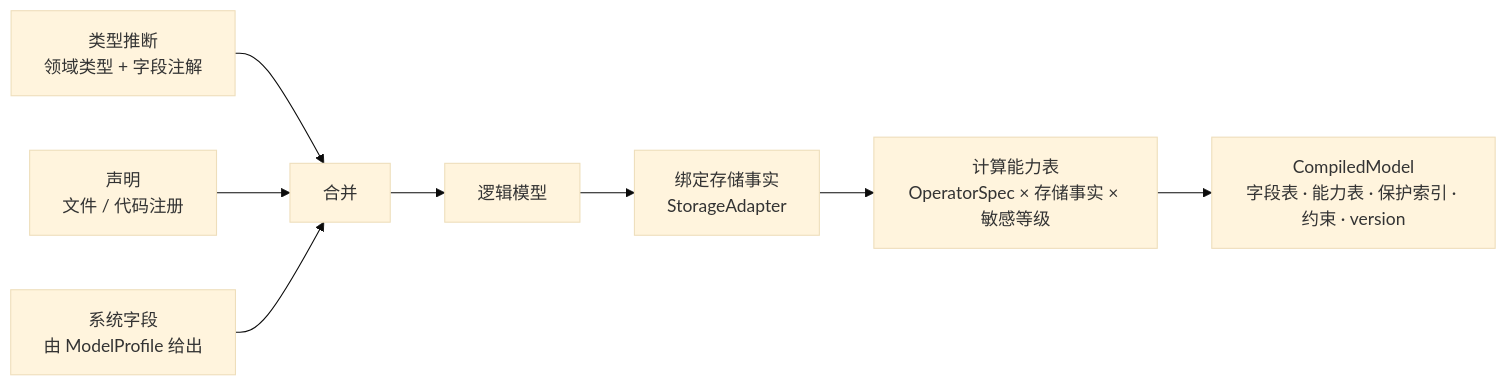
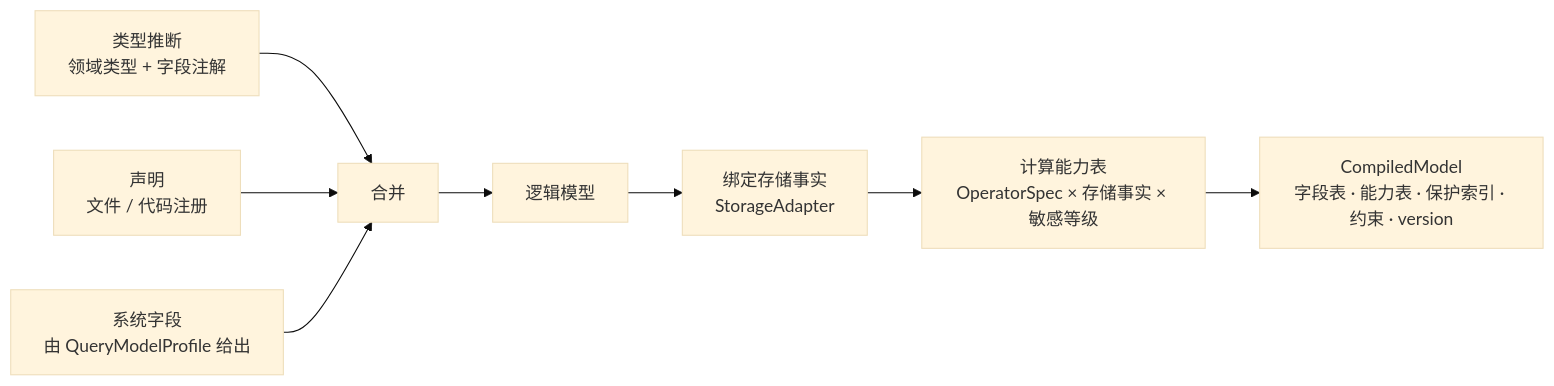
Before and after one commit to Ahoo-Wang/Wow: the second of 2 diagrams in documentation/designs/2026-09-24-query-target-architecture-design.md, drawn with Mermaid (base theme). The commit also changed other lines of this file, not shown here.

````diff
--- a/documentation/designs/2026-09-24-query-target-architecture-design.md
+++ b/documentation/designs/2026-09-24-query-target-architecture-design.md
@@ -110,10 +124,10 @@
 ```mermaid
 flowchart LR
     T[类型推断<br/>领域类型 + 字段注解] --> M[合并]
     D[声明<br/>文件 / 代码注册] --> M
-    S[系统字段<br/>由 ModelProfile 给出] --> M
+    S[系统字段<br/>由 QueryModelProfile 给出] --> M
     M --> L[逻辑模型]
     L --> B[绑定存储事实<br/>StorageAdapter]
     B --> C[计算能力表<br/>OperatorSpec × 存储事实 × 敏感等级]
     C --> CM[CompiledModel<br/>字段表 · 能力表 · 保护索引 · 约束 · version]
 ```
````
